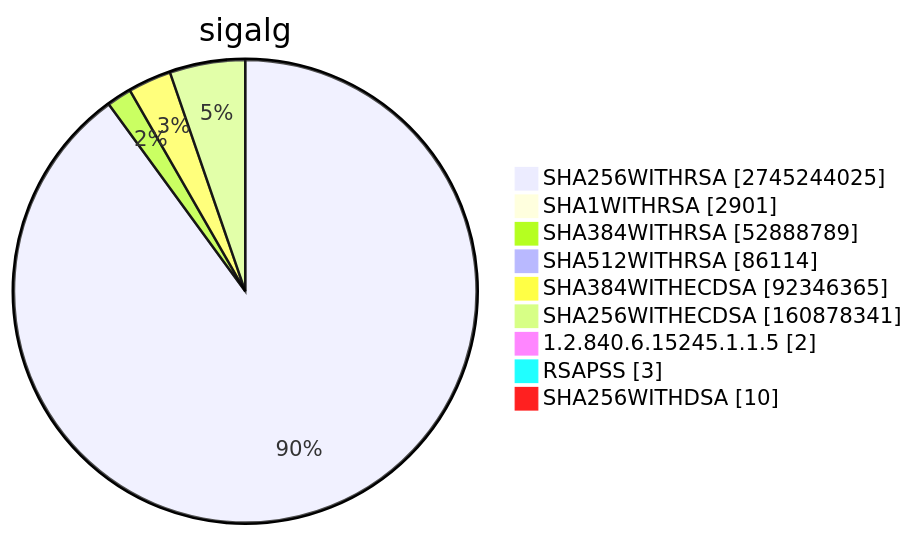
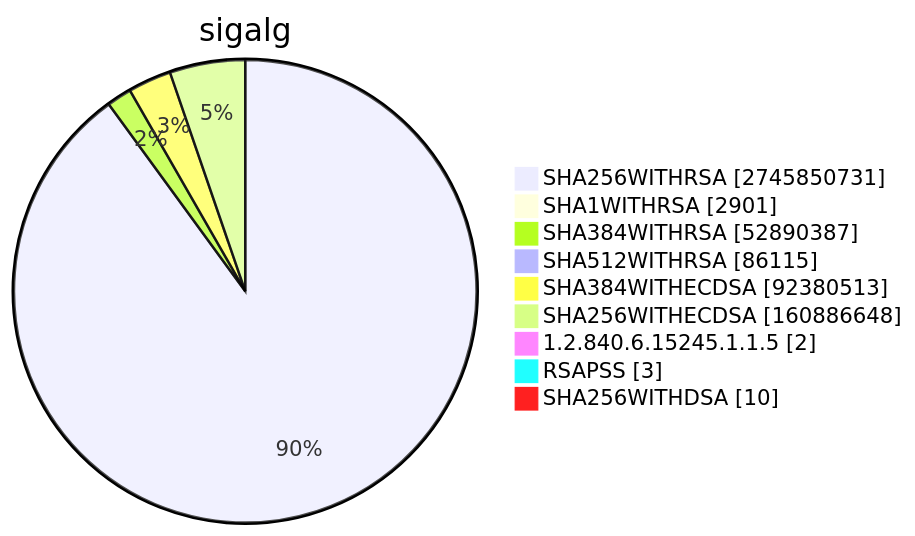
One commit to christiankrug/ctmonitor_visualization changed diagram 15 of 15 in TOTAL/README.md. Above: the diagram before and after it, drawn with Mermaid. The commit also changed other lines of this file, not shown here.

````diff
--- a/TOTAL/README.md
+++ b/TOTAL/README.md
@@ -6206,13 +6206,13 @@
 ```mermaid
 pie showData
 title sigalg
-"SHA256WITHRSA" :2745244025
+"SHA256WITHRSA" :2745850731
 "SHA1WITHRSA" :2901
-"SHA384WITHRSA" :52888789
-"SHA512WITHRSA" :86114
-"SHA384WITHECDSA" :92346365
-"SHA256WITHECDSA" :160878341
+"SHA384WITHRSA" :52890387
+"SHA512WITHRSA" :86115
+"SHA384WITHECDSA" :92380513
+"SHA256WITHECDSA" :160886648
 "1.2.840.6.15245.1.1.5" :2
 "RSAPSS" :3
 "SHA256WITHDSA" :10
 ```
````
